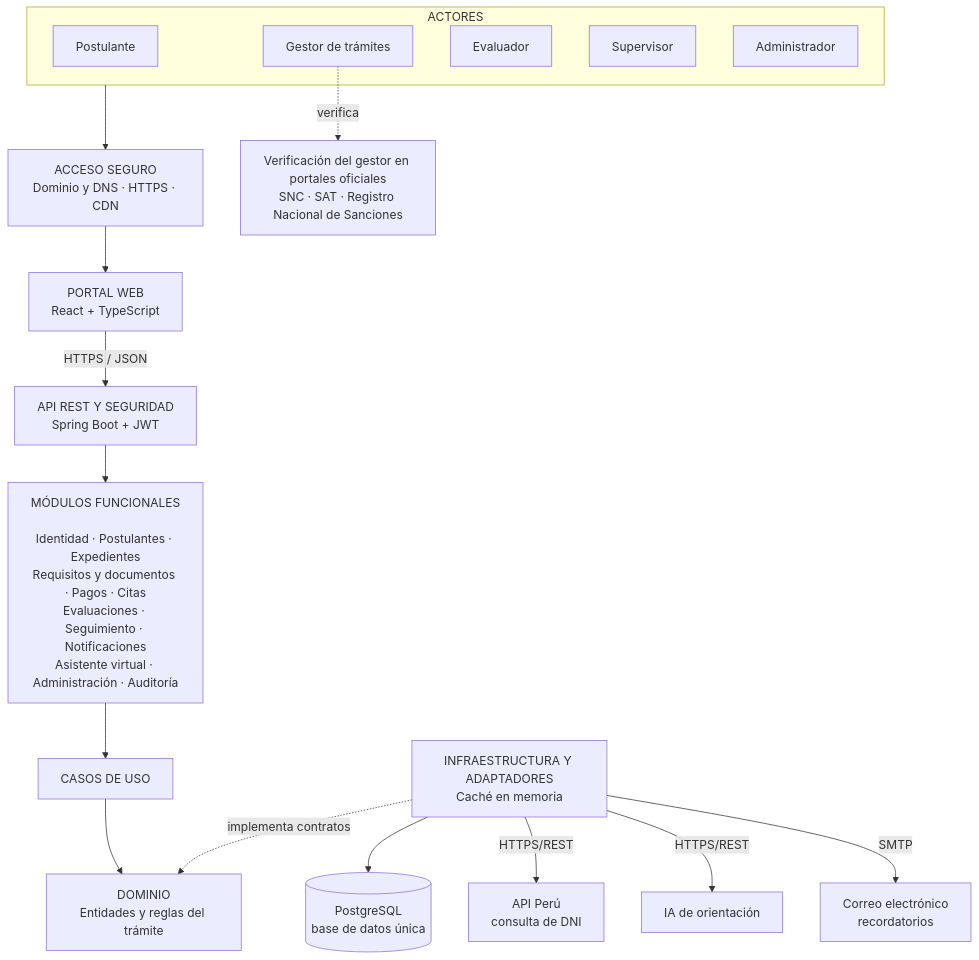
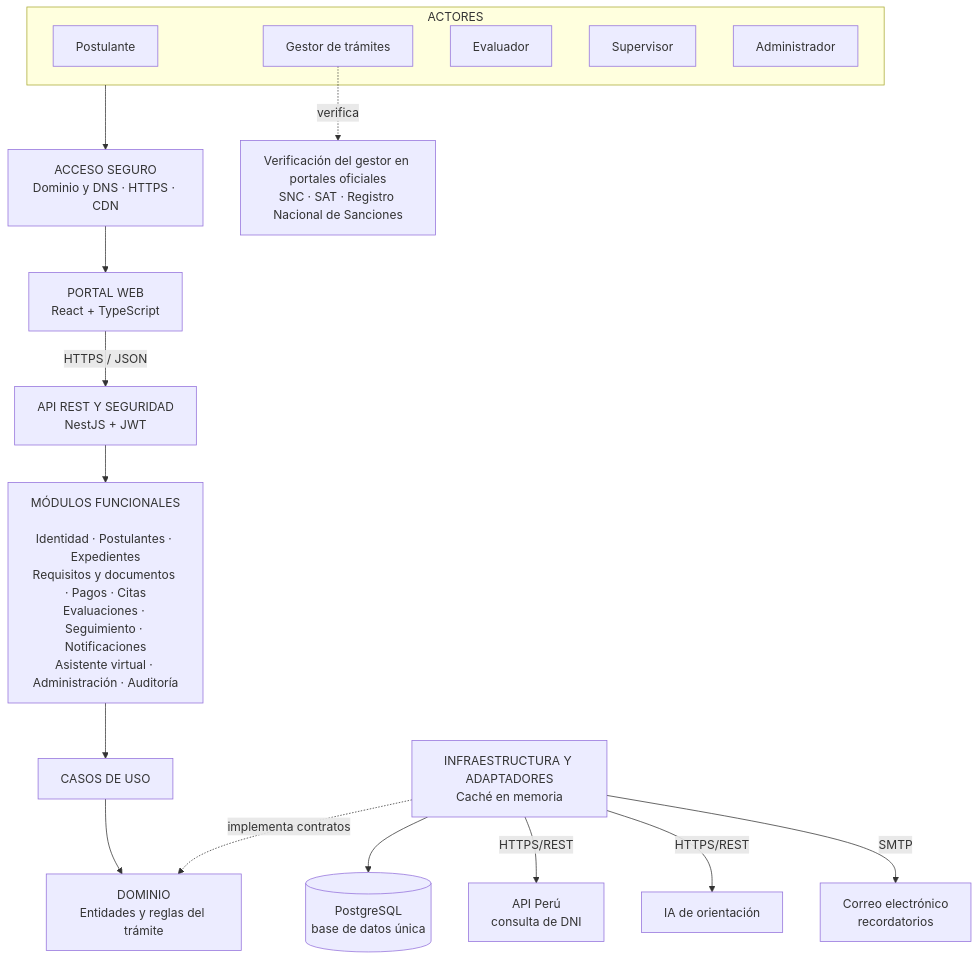
Before and after one commit to AdirNC-27/sistema-licencias-conducir-arquitectura: the diagram in docs/02-arquitectura-software/arquitectura-inicial.md, drawn with Mermaid. The commit also changed 24 other files, not shown here.

````diff
--- a/docs/02-arquitectura-software/arquitectura-inicial.md
+++ b/docs/02-arquitectura-software/arquitectura-inicial.md
@@ -7,29 +7,29 @@
 ```mermaid
 flowchart TB
     subgraph ACTORES["ACTORES"]
         A1["Postulante"]
         A2["Gestor de trámites"]
         A3["Evaluador"]
         A4["Supervisor"]
         A5["Administrador"]
     end
 
     ACTORES --> ACCESO["ACCESO SEGURO<br/>Dominio y DNS · HTTPS · CDN"]
     ACCESO --> FRONTEND["PORTAL WEB<br/>React + TypeScript"]
-    FRONTEND -- "HTTPS / JSON" --> API["API REST Y SEGURIDAD<br/>Spring Boot + JWT"]
+    FRONTEND -- "HTTPS / JSON" --> API["API REST Y SEGURIDAD<br/>NestJS + JWT"]
 
     API --> MODULOS["MÓDULOS FUNCIONALES<br/><br/>Identidad · Postulantes · Expedientes<br/>Requisitos y documentos · Pagos · Citas<br/>Evaluaciones · Seguimiento · Notificaciones<br/>Asistente virtual · Administración · Auditoría"]
     MODULOS --> CASOS["CASOS DE USO"]
     CASOS --> DOMINIO["DOMINIO<br/>Entidades y reglas del trámite"]
 
     INFRA["INFRAESTRUCTURA Y ADAPTADORES<br/>Caché en memoria"]
     INFRA -. "implementa contratos" .-> DOMINIO
 
     INFRA --> DB[("PostgreSQL<br/>base de datos única")]
     INFRA -- "HTTPS/REST" --> APIPERU["API Perú<br/>consulta de DNI"]
     INFRA -- "HTTPS/REST" --> IA["IA de orientación"]
     INFRA -- "SMTP" --> CORREO["Correo electrónico<br/>recordatorios"]
 
     GESTOR["Verificación del gestor en portales oficiales<br/>SNC · SAT · Registro Nacional de Sanciones"]
     A2 -. "verifica" .-> GESTOR
 ```
````
